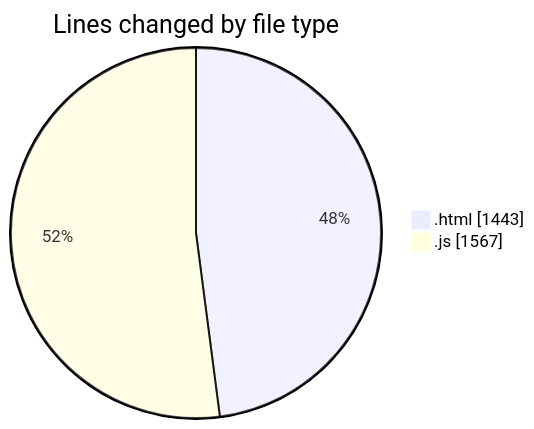
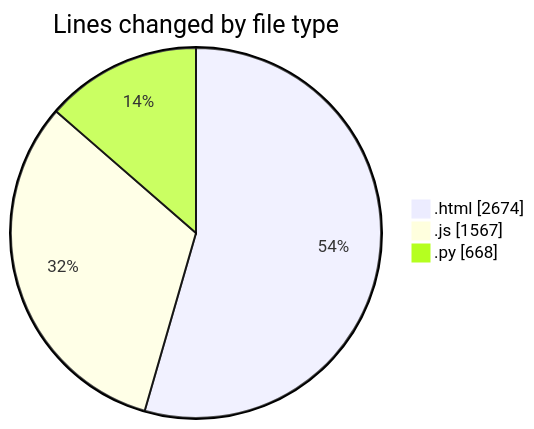
One commit to shibass792/code-tracking changed the first of 2 diagrams in 2026-07-15/shibass-ai/README.md. Above: the diagram before and after it, drawn with Mermaid. The commit also changed other lines of this file and 1 other file, not shown here.

````diff
--- a/2026-07-15/shibass-ai/README.md
+++ b/2026-07-15/shibass-ai/README.md
@@ -21,6 +23,7 @@
 ```mermaid
 pie showData
 title Lines changed by file type
-".html" : 1443
+".html" : 2674
 ".js" : 1567
+".py" : 668
 ```
````
